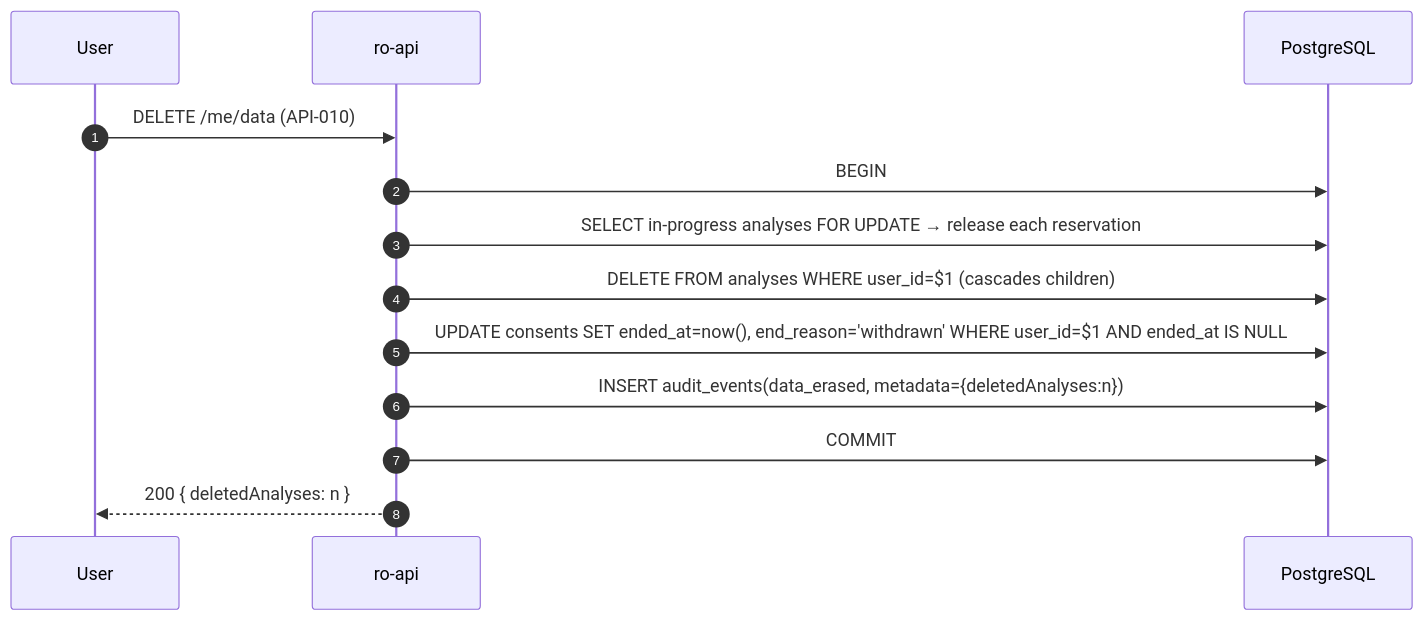
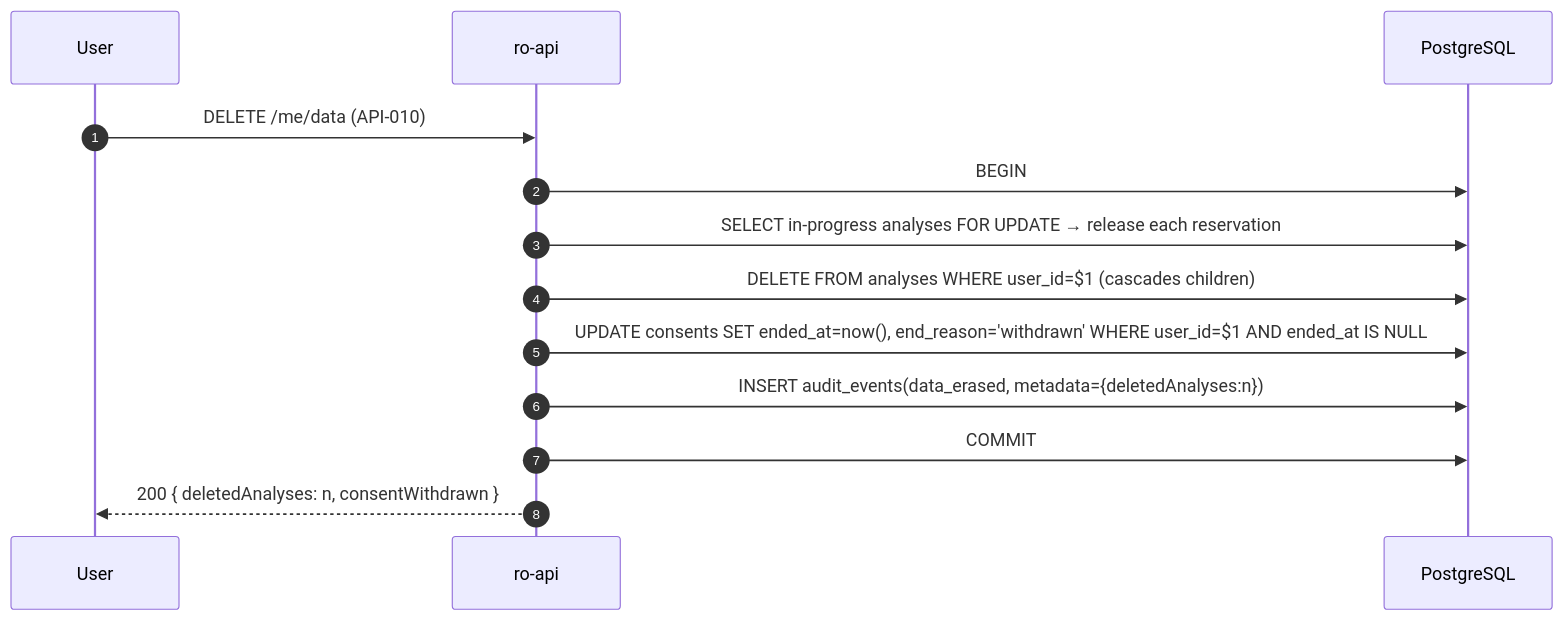
One commit to divii-school/spec-homework changed the eighth of 9 diagrams in kakali/spec.md. Above: the diagram before and after it, drawn with Mermaid. The commit also changed other lines of this file, not shown here.

````diff
--- a/kakali/spec.md
+++ b/kakali/spec.md
@@ -753,15 +769,15 @@
 ```mermaid
 sequenceDiagram
   autonumber
   participant U as User
   participant A as ro-api
   participant DB as PostgreSQL
   U->>A: DELETE /me/data (API-010)
   A->>DB: BEGIN
   A->>DB: SELECT in-progress analyses FOR UPDATE → release each reservation
   A->>DB: DELETE FROM analyses WHERE user_id=$1 (cascades children)
   A->>DB: UPDATE consents SET ended_at=now(), end_reason='withdrawn' WHERE user_id=$1 AND ended_at IS NULL
   A->>DB: INSERT audit_events(data_erased, metadata={deletedAnalyses:n})
   A->>DB: COMMIT
-  A-->>U: 200 { deletedAnalyses: n }
+  A-->>U: 200 { deletedAnalyses: n, consentWithdrawn }
 ```
````
